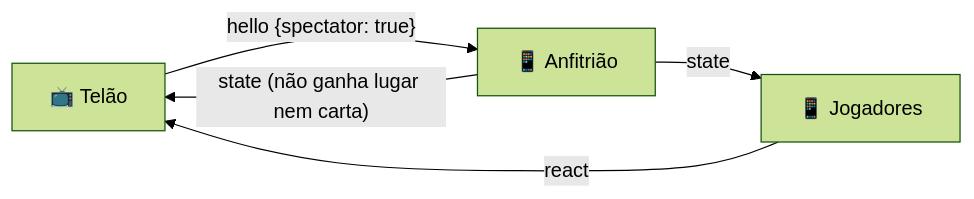
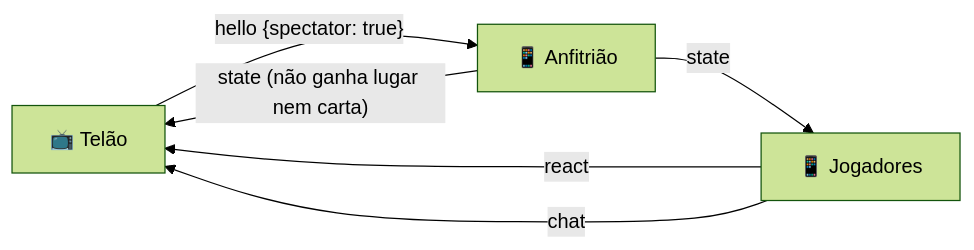
Before and after one commit to sschonss/ito: the eighth of 15 diagrams in docs/p2p.md, drawn with Mermaid (forest theme). The commit also changed other lines of this file and 14 other files, not shown here.

````diff
--- a/docs/p2p.md
+++ b/docs/p2p.md
@@ -241,7 +244,8 @@
 ```mermaid
 flowchart LR
   TV["📺 Telão"] -- "hello {spectator: true}" --> H["📱 Anfitrião"]
   H -- "state (não ganha lugar nem carta)" --> TV
   H -- "state" --> J1["📱 Jogadores"]
   J1 -- "react" --> TV
+  J1 -- "chat" --> TV
 ```
````
